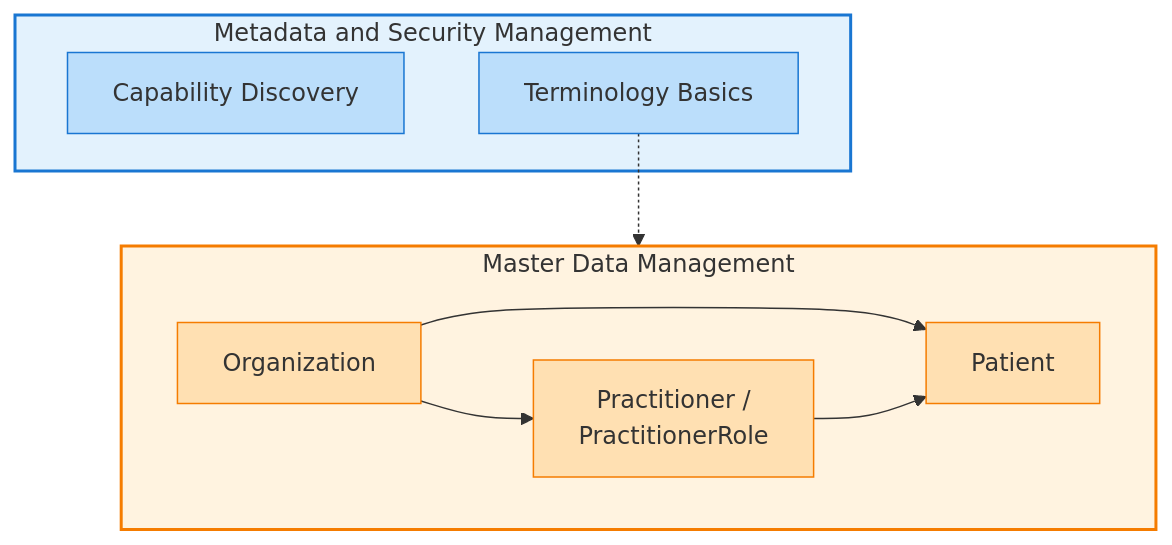
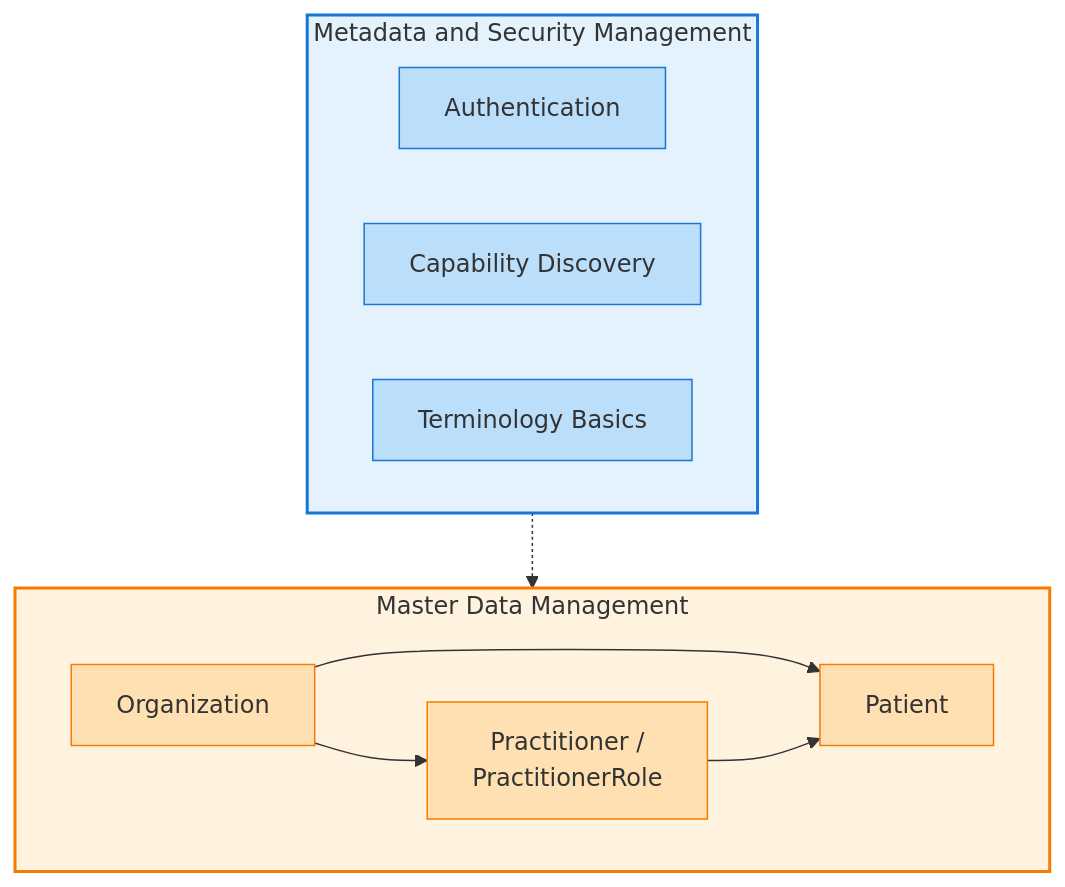
The diagram in input/pagecontent/index.md (vadi2/DHPHackathon1), drawn with Mermaid before and after one commit. The commit also changed other lines of this file and 4 other files, not shown here.

````diff
--- a/input/pagecontent/index.md
+++ b/input/pagecontent/index.md
@@ -38,27 +39,29 @@
 ```mermaid
 graph TB
     subgraph MSM["Metadata and Security Management"]
+        Auth[Authentication]
         Cap[Capability Discovery]
         Term[Terminology Basics]
     end
 
     subgraph MDM["Master Data Management"]
         Org[Organization]
         Pat[Patient]
         Prac[Practitioner /<br/>PractitionerRole]
     end
 
-    Term -.-> MDM
+    MSM -.-> MDM
 
     Org --> Pat
     Org --> Prac
     Prac --> Pat
 
     style MSM fill:#e3f2fd,stroke:#1976d2,stroke-width:2px
     style MDM fill:#fff3e0,stroke:#f57c00,stroke-width:2px
+    style Auth fill:#bbdefb,stroke:#1976d2
     style Cap fill:#bbdefb,stroke:#1976d2
     style Term fill:#bbdefb,stroke:#1976d2
     style Org fill:#ffe0b2,stroke:#f57c00
     style Pat fill:#ffe0b2,stroke:#f57c00
     style Prac fill:#ffe0b2,stroke:#f57c00
 ```
````
